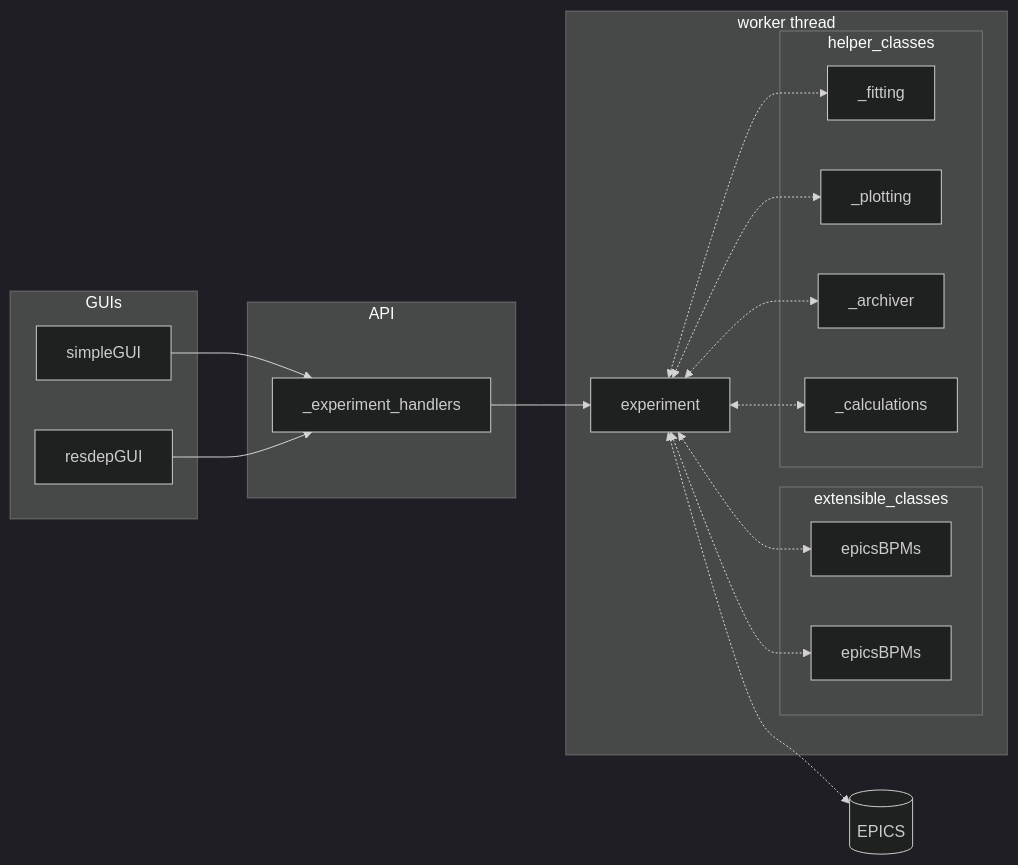
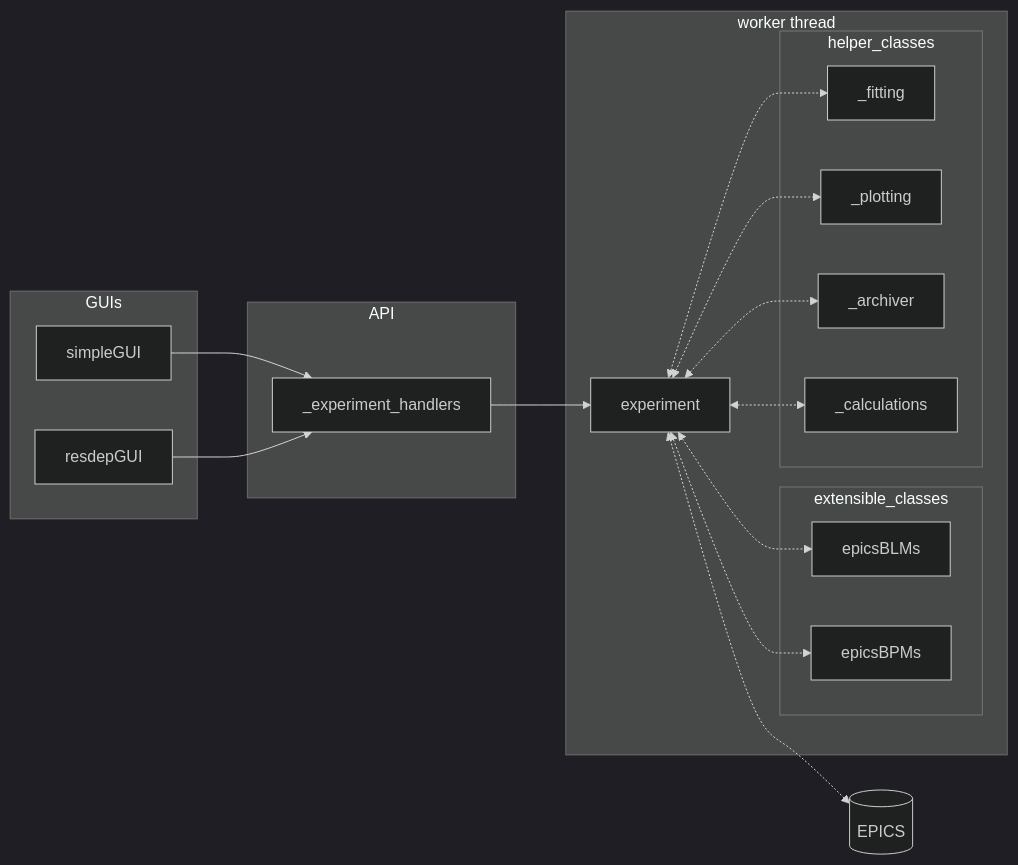
Before and after one commit to liamjwatson/resdep: the first of 2 diagrams in docs/code_base/architecture.md, drawn with Mermaid (dark theme). The commit also changed 14 other files, not shown here.

````diff
--- a/docs/code_base/architecture.md
+++ b/docs/code_base/architecture.md
@@ -11,40 +11,40 @@
 ```mermaid
 graph LR
     subgraph GUIs
         A["simpleGUI"];
         B["resdepGUI"];
     end
     subgraph API
         C["_experiment_handlers"];
     end
     A & B --> C
     subgraph worker thread
         E["experiment"];
         subgraph extensible_classes
-            F["epicsBPMs"];
+            F["epicsBLMs"];
             G["epicsBPMs"];
         end
         subgraph helper_classes
             H["_fitting"];
             I["_plotting"];
             J["_archiver"];
             L["_calculations"];
         end
     end
     C --> E
     E <-.-> T[("EPICS")]
     E <-.-> F & G
     E <-.-> H & I
     E <-.-> J & L
     click A "../GUIs/simpleGUI" "simpleGUI"
     click B "../GUIs/resdepGUI" "resdepGUI"
     click C "../helper_classes/_experiment_handlers" "experiment handlers"
     click E "../resdep" "resdep experiment"
-    click F "../extensible_classes/epicsBPMs" "epicsBPMs"
+    click F "../extensible_classes/epicsBLMs" "epicsBLMs"
     click G "../extensible_classes/epicsBPMs" "epicsBPMs"
     click H "../helper_classes/_fitting" "fitting"
     click I "../helper_classes/_plotting" "plotting"
     click J "../helper_classes/_archiver" "archiver"
     click L "../helper_classes/_calculations" "calculations"
     click T "https://docs.epics-controls.org/en/latest/index.html" "EPICS"
 ```
````
